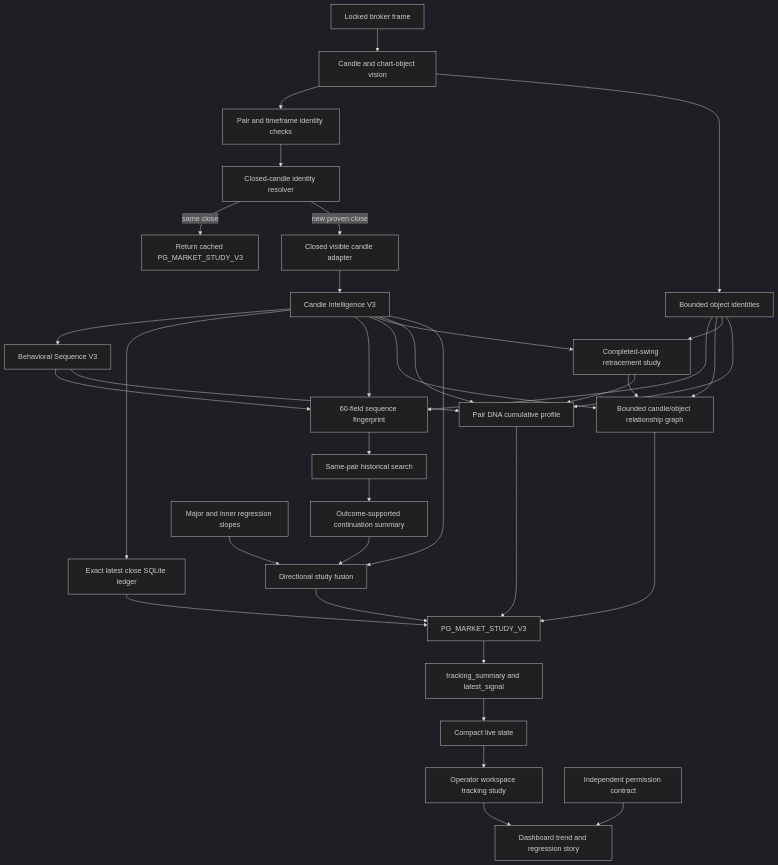
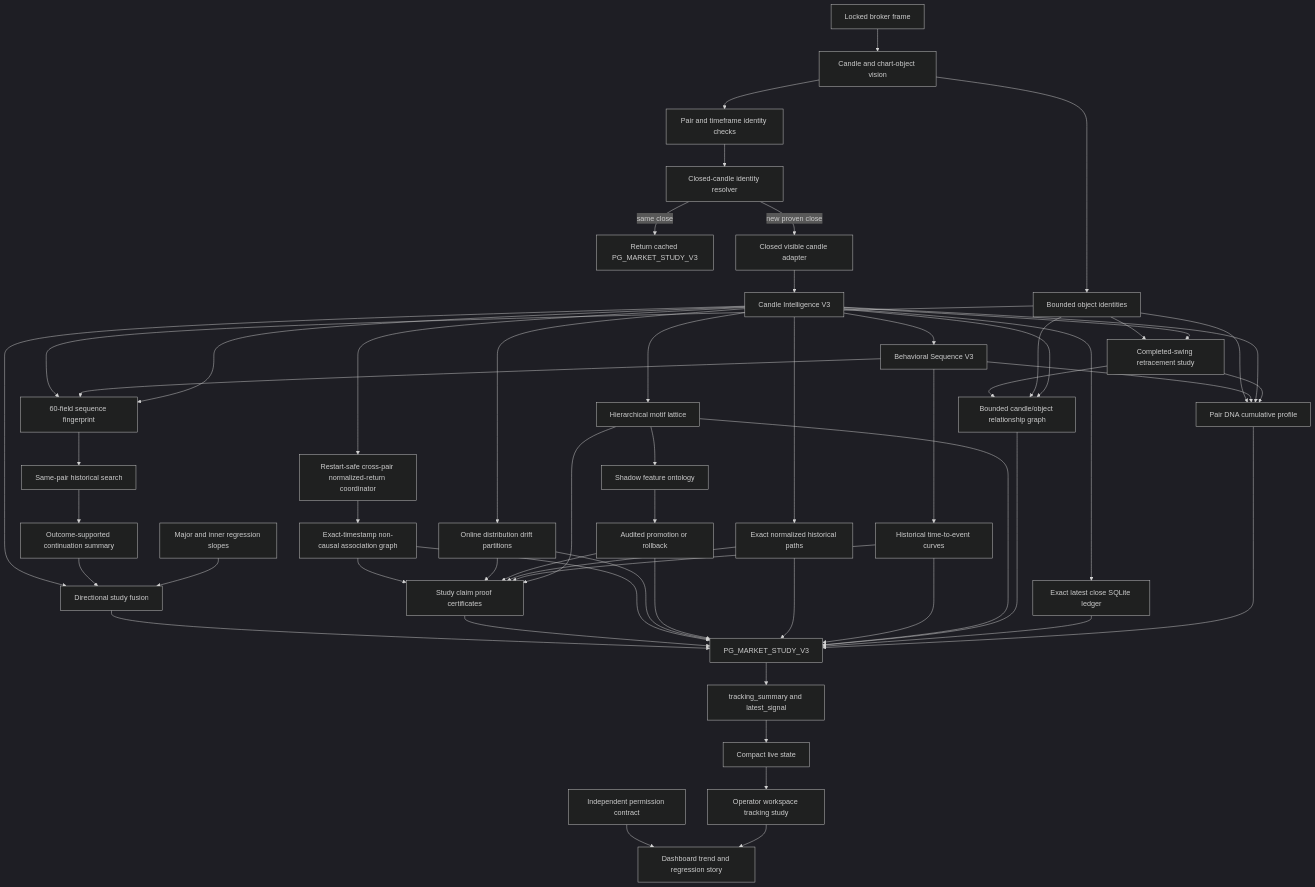
One commit to masterkush808/phoenixguard-private-backup-20260507 changed the diagram in phoenixguard/docs/architecture/PHOENIXGUARD_V3_MARKET_STUDY_BLUEPRINT.md. Above: the diagram before and after it, drawn with Mermaid (dark theme). The commit also changed other lines of this file and 59 other files, not shown here.

````diff
--- a/phoenixguard/docs/architecture/PHOENIXGUARD_V3_MARKET_STUDY_BLUEPRINT.md
+++ b/phoenixguard/docs/architecture/PHOENIXGUARD_V3_MARKET_STUDY_BLUEPRINT.md
@@ -59,38 +67,59 @@
 ```mermaid
 flowchart TD
     A[Locked broker frame] --> B[Candle and chart-object vision]
     B --> C[Pair and timeframe identity checks]
     C --> D[Closed-candle identity resolver]
     D -->|same close| E[Return cached PG_MARKET_STUDY_V3]
     D -->|new proven close| F[Closed visible candle adapter]
     F --> G[Candle Intelligence V3]
     G --> H[Behavioral Sequence V3]
     G --> V[Exact latest close SQLite ledger]
     G --> I[60-field sequence fingerprint]
     H --> I
     B --> J[Bounded object identities]
     J --> I
     G --> W[Bounded candle/object relationship graph]
     J --> W
     G --> X[Completed-swing retracement study]
     J --> X
     X --> W
     X --> M
     I --> K[Same-pair historical search]
     K --> L[Outcome-supported continuation summary]
+    G --> AA[Hierarchical motif lattice]
+    H --> AB[Historical time-to-event curves]
+    G --> AC[Exact normalized historical paths]
+    AA --> AD[Shadow feature ontology]
+    AD --> AE[Audited promotion or rollback]
+    G --> AF[Online distribution drift partitions]
+    G --> AI[Restart-safe cross-pair normalized-return coordinator]
+    AI --> AG[Exact-timestamp non-causal association graph]
+    AA --> AH[Study claim proof certificates]
+    AB --> AH
+    AC --> AH
+    AE --> AH
+    AF --> AH
+    AG --> AH
     G --> M[Pair DNA cumulative profile]
     H --> M
     J --> M
     N[Major and inner regression slopes] --> O[Directional study fusion]
     L --> O
     G --> O
     M --> P[PG_MARKET_STUDY_V3]
     V --> P
     W --> P
+    AA --> P
+    AB --> P
+    AC --> P
+    AE --> P
+    AF --> P
+    AG --> P
+    AH --> P
     O --> P
     P --> Q[tracking_summary and latest_signal]
     Q --> R[Compact live state]
     R --> S[Operator workspace tracking study]
     S --> T[Dashboard trend and regression story]
     U[Independent permission contract] --> T
 ```
````
